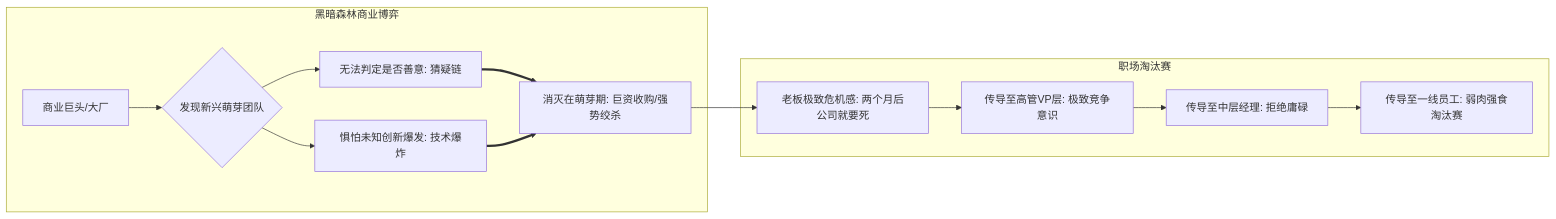
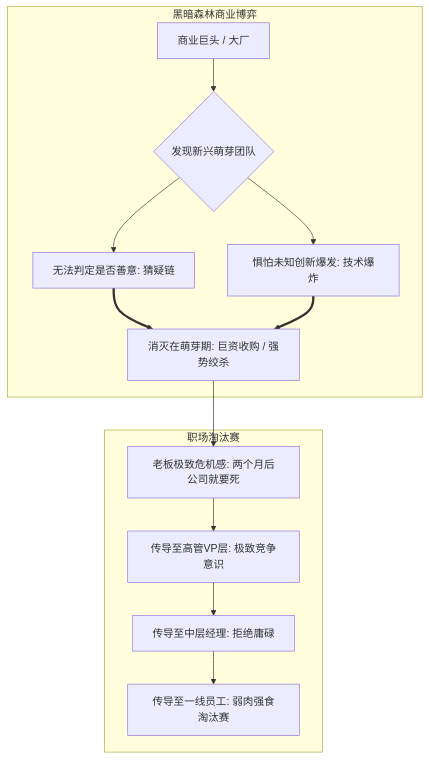
Before and after one commit to dollarser/knowledge: the second of 2 diagrams in content/live-20260929-laozeng-01.md, drawn with Mermaid. The commit also changed 7 other files, not shown here.

Commit message:
style: convert horizontal LR mermaid diagrams to vertical TD for readable text on all screens

````diff
--- a/content/live-20260929-laozeng-01.md
+++ b/content/live-20260929-laozeng-01.md
@@ -85,16 +85,16 @@
 ```mermaid
-flowchart LR
+flowchart TD
     subgraph 黑暗森林商业博弈
-        Big[商业巨头/大厂] --> Threat{发现新兴萌芽团队}
-        Threat --> Logic1[无法判定是否善意: 猜疑链]
-        Threat --> Logic2[惧怕未知创新爆发: 技术爆炸]
-        Logic1 & Logic2 ==> Action[消灭在萌芽期: 巨资收购/强势绞杀]
+        Big["商业巨头 / 大厂"] --> Threat{"发现新兴萌芽团队"}
+        Threat --> Logic1["无法判定是否善意: 猜疑链"]
+        Threat --> Logic2["惧怕未知创新爆发: 技术爆炸"]
+        Logic1 & Logic2 ==> Action["消灭在萌芽期: 巨资收购 / 强势绞杀"]
     end
     
     subgraph 职场淘汰赛
-        Action --> BossMind[老板极致危机感: 两个月后公司就要死]
-        BossMind --> VP[传导至高管VP层: 极致竞争意识]
-        VP --> Mid[传导至中层经理: 拒绝庸碌]
-        Mid --> Worker[传导至一线员工: 弱肉强食淘汰赛]
+        Action --> BossMind["老板极致危机感: 两个月后公司就要死"]
+        BossMind --> VP["传导至高管VP层: 极致竞争意识"]
+        VP --> Mid["传导至中层经理: 拒绝庸碌"]
+        Mid --> Worker["传导至一线员工: 弱肉强食淘汰赛"]
     end
 ```
````
